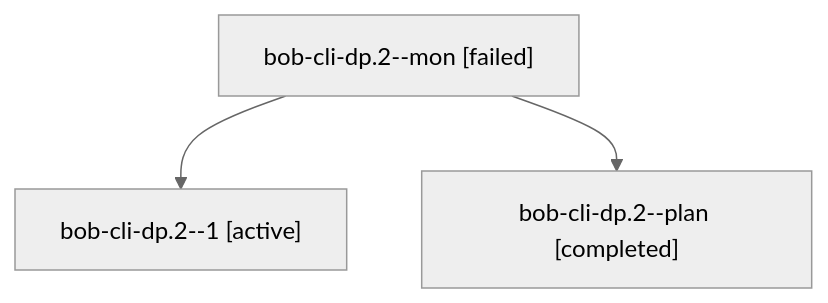
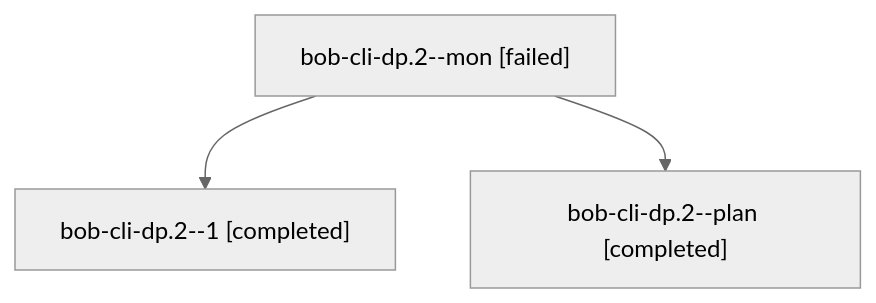
The diagram in sessions/bbugyi200.athena.bob-cli-dp.2.md (bobs-org/bob-cli--agents), drawn with Mermaid (neutral theme) before and after one commit. The commit also changed other lines of this file and 36 other files, not shown here.

````diff
--- a/sessions/bbugyi200.athena.bob-cli-dp.2.md
+++ b/sessions/bbugyi200.athena.bob-cli-dp.2.md
@@ -9,8 +9,8 @@
 ```mermaid
 flowchart TD
   n0["bob-cli-dp.2--mon [failed]"]
-  n1["bob-cli-dp.2--1 [active]"]
+  n1["bob-cli-dp.2--1 [completed]"]
   n0 --> n1
   n2["bob-cli-dp.2--plan [completed]"]
   n0 --> n2
 ```
````
